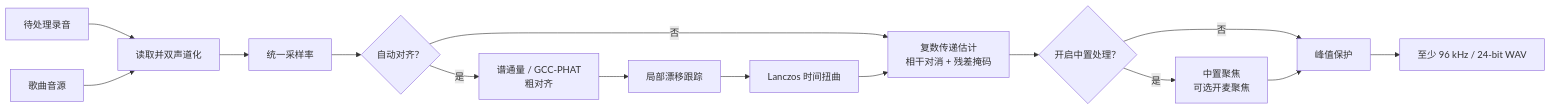
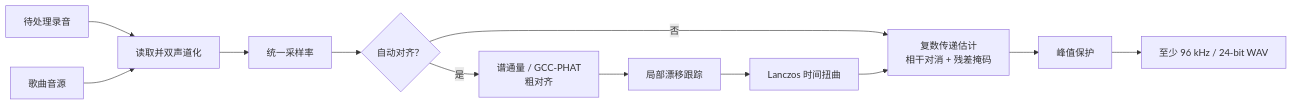
Before and after one commit to ChouChiu/Purivox: the diagram in docs/reference-removal.md, drawn with Mermaid. The commit also changed other lines of this file and 33 other files, not shown here.

````diff
--- a/docs/reference-removal.md
+++ b/docs/reference-removal.md
@@ -53,17 +53,14 @@
 ```mermaid
 flowchart LR
     mix["待处理录音"] --> read["读取并双声道化"]
     ref["歌曲音源"] --> read
     read --> rate["统一采样率"]
     rate --> enabled{"自动对齐？"}
     enabled -->|是| coarse["谱通量 / GCC-PHAT<br/>粗对齐"]
     coarse --> drift["局部漂移跟踪"]
     drift --> warp["Lanczos 时间扭曲"]
     enabled -->|否| mask["复数传递估计<br/>相干对消 + 残差掩码"]
     warp --> mask
-    mask --> center{"开启中置处理？"}
-    center -->|是| focus["中置聚焦<br/>可选开麦聚焦"]
-    center -->|否| protect["峰值保护"]
-    focus --> protect
+    mask --> protect["峰值保护"]
     protect --> output["至少 96 kHz / 24-bit WAV"]
 ```
````
